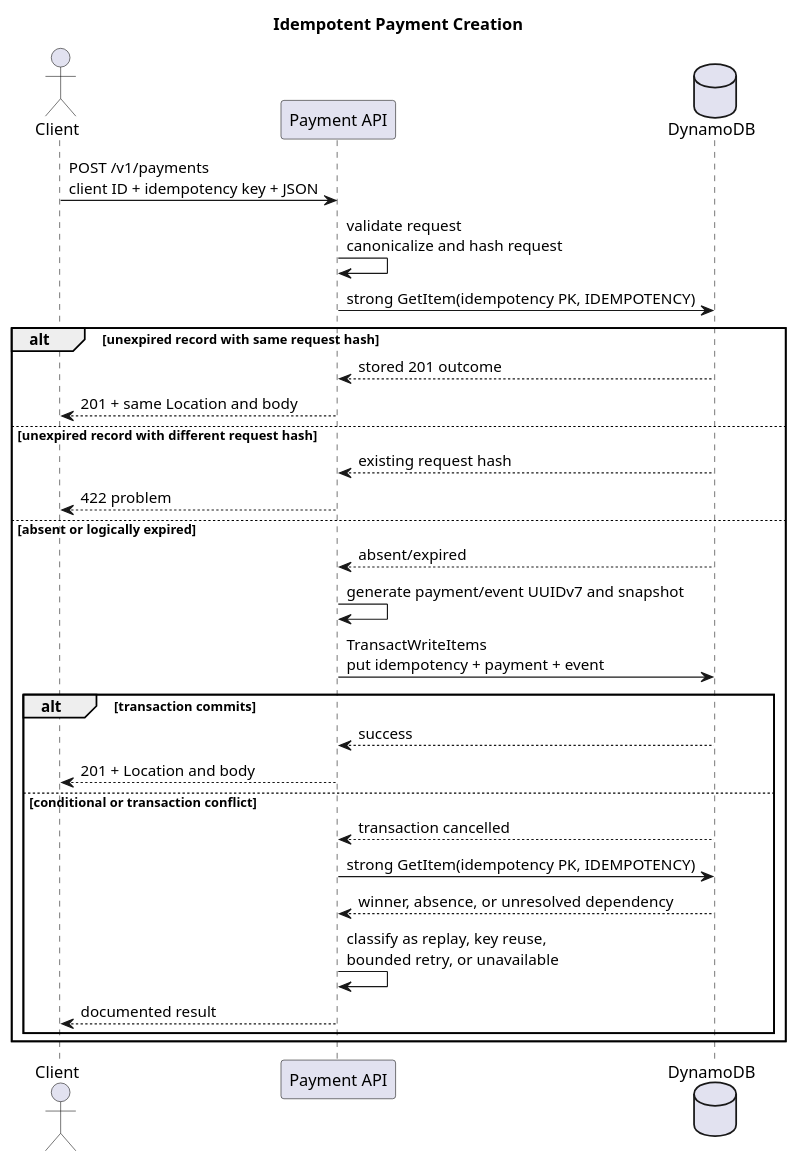
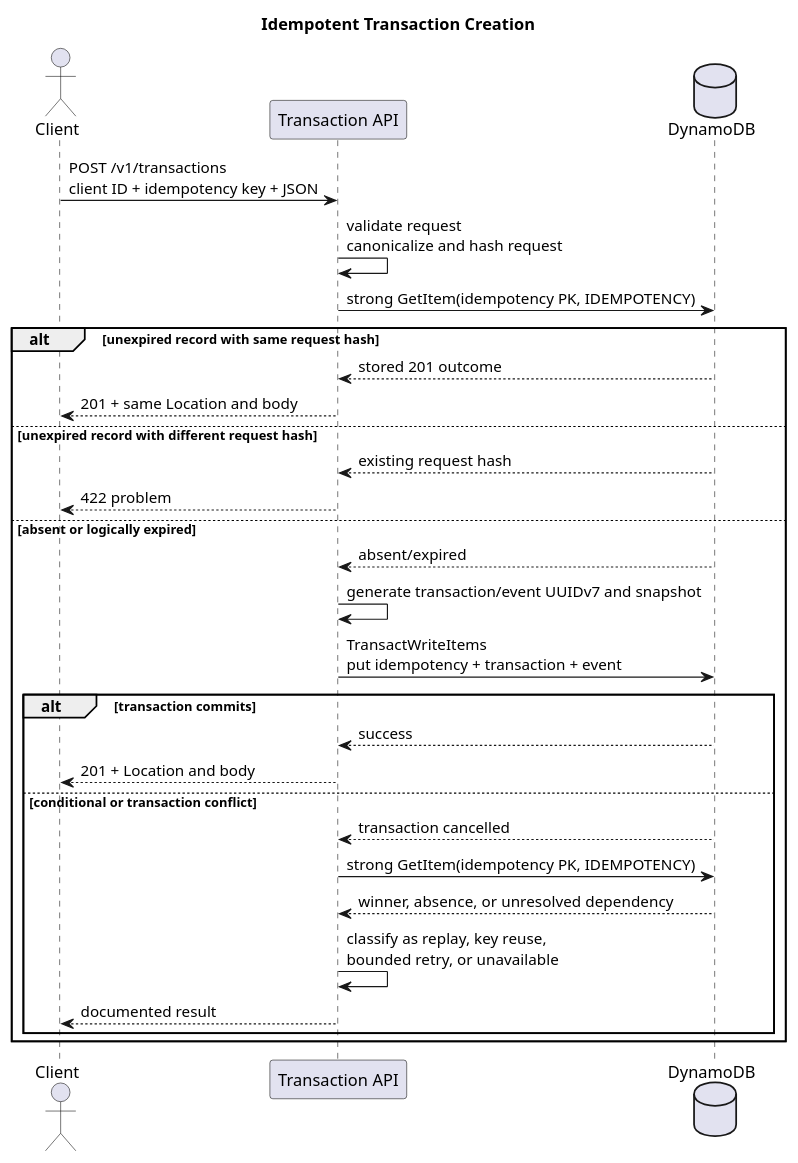
The diagram in docs/diagrams/idempotent-create.puml (josuerzslzr/transaction-processing), drawn with PlantUML before and after one commit. The commit also changed 20 other files, not shown here.

```diff
--- a/docs/diagrams/idempotent-create.puml
+++ b/docs/diagrams/idempotent-create.puml
@@ -1,33 +1,33 @@
 @startuml idempotent-create
-title Idempotent Payment Creation
+title Idempotent Transaction Creation
 
 actor Client
-participant "Payment API" as API
+participant "Transaction API" as API
 database "DynamoDB" as DB
 
-Client -> API: POST /v1/payments\nclient ID + idempotency key + JSON
+Client -> API: POST /v1/transactions\nclient ID + idempotency key + JSON
 API -> API: validate request\ncanonicalize and hash request
 API -> DB: strong GetItem(idempotency PK, IDEMPOTENCY)
 
 alt unexpired record with same request hash
   DB --> API: stored 201 outcome
   API --> Client: 201 + same Location and body
 else unexpired record with different request hash
   DB --> API: existing request hash
   API --> Client: 422 problem
 else absent or logically expired
   DB --> API: absent/expired
-  API -> API: generate payment/event UUIDv7 and snapshot
-  API -> DB: TransactWriteItems\nput idempotency + payment + event
+  API -> API: generate transaction/event UUIDv7 and snapshot
+  API -> DB: TransactWriteItems\nput idempotency + transaction + event
   alt transaction commits
     DB --> API: success
     API --> Client: 201 + Location and body
   else conditional or transaction conflict
     DB --> API: transaction cancelled
     API -> DB: strong GetItem(idempotency PK, IDEMPOTENCY)
     DB --> API: winner, absence, or unresolved dependency
     API -> API: classify as replay, key reuse,\nbounded retry, or unavailable
     API --> Client: documented result
   end
 end
 @enduml
```
